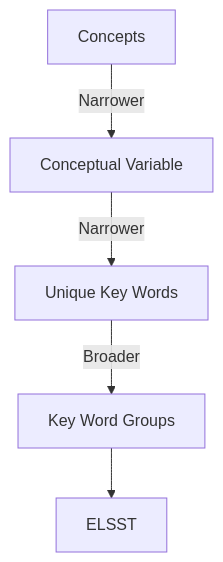
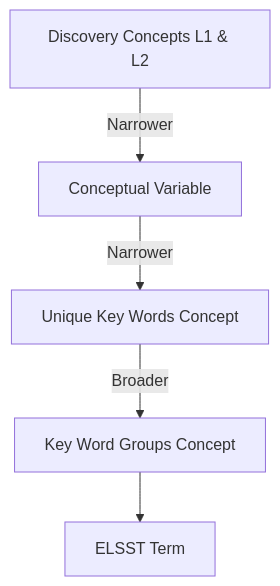
One commit to CLOSER-Cohorts/closer-vocabulary-2026 changed the fourth of 4 diagrams in README.md. Above: the diagram before and after it, drawn with Mermaid. The commit also changed other lines of this file, not shown here.

First line of the commit message:
Enhance README with Discovery Level Vocabulary details

````diff
--- a/README.md
+++ b/README.md
@@ -76,10 +99,10 @@
 ``` mermaid
 
 flowchart TD
 
- Concepts  -- "Narrower" --> CV[Conceptual Variable]
- CV -- "Narrower" --> KWP[Unique Key Words]
- KWP -- "Broader" --> KWPG[Key Word Groups]
- KWPG --> ELSST
+ Concepts[Discovery Concepts L1 & L2]  -- "Narrower" --> CV[Conceptual Variable]
+ CV -- "Narrower" --> KWP[Unique Key Words Concept]
+ KWP -- "Broader" --> KWPG[Key Word Groups Concept]
+ KWPG --> ELSST[ELSST Term]
 
 ```
````
